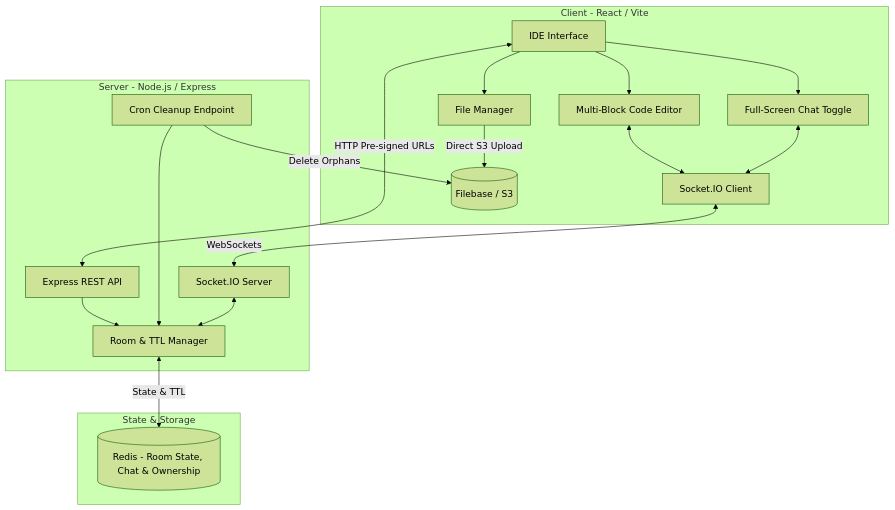
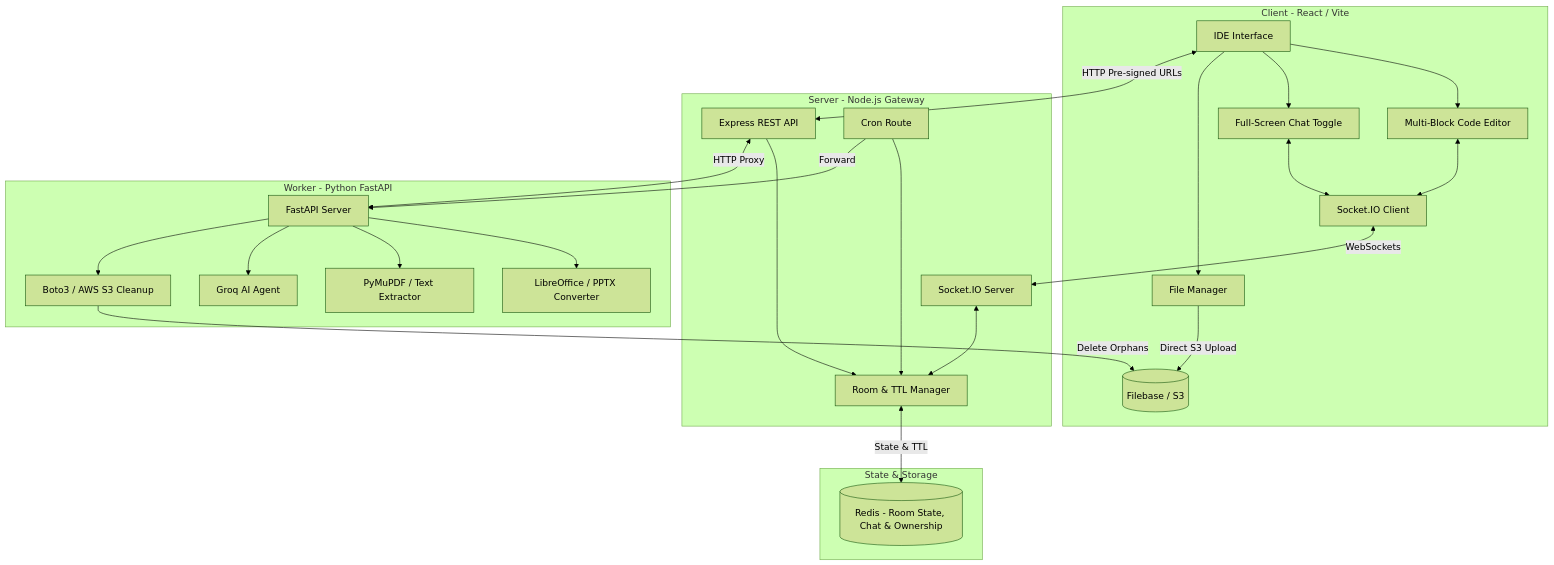
Before and after one commit to Gaurravvvv/CodeShare: the diagram in README.md, drawn with Mermaid (forest theme). The commit also changed other lines of this file and 6 other files, not shown here.

````diff
--- a/README.md
+++ b/README.md
@@ -11,38 +11,53 @@
 ```mermaid
 graph TD
     subgraph Frontend ["Client - React / Vite"]
         UI[IDE Interface]
         Editor[Multi-Block Code Editor]
         Chat[Full-Screen Chat Toggle]
         FileMan[File Manager]
         SocketClient[Socket.IO Client]
         
         UI --> Editor
         UI --> Chat
         UI --> FileMan
         Editor <--> SocketClient
         Chat <--> SocketClient
         FileMan -->|Direct S3 Upload| Storage[(Filebase / S3)]
     end
 
-    subgraph Backend ["Server - Node.js / Express"]
+    subgraph Backend ["Server - Node.js Gateway"]
         API[Express REST API]
-        CronCleanup[Cron Cleanup Endpoint]
+        CronCleanup[Cron Route]
         SocketServer[Socket.IO Server]
         RoomService[Room & TTL Manager]
         
         API --> RoomService
         CronCleanup --> RoomService
         SocketServer <--> RoomService
+    end
+
+    subgraph Microservice ["Worker - Python FastAPI"]
+        FastAPI[FastAPI Server]
+        LibreOffice[LibreOffice / PPTX Converter]
+        PyMuPDF[PyMuPDF / Text Extractor]
+        Groq[Groq AI Agent]
+        Boto3[Boto3 / AWS S3 Cleanup]
+
+        FastAPI --> LibreOffice
+        FastAPI --> PyMuPDF
+        FastAPI --> Groq
+        FastAPI --> Boto3
     end
 
     subgraph Storage_Layer ["State & Storage"]
         Redis[(Redis - Room State, Chat & Ownership)]
         Storage
     end
 
     SocketClient <-->|WebSockets| SocketServer
     UI <-->|HTTP Pre-signed URLs| API
+    API <-->|HTTP Proxy| FastAPI
+    CronCleanup -->|Forward| FastAPI
+    Boto3 -->|Delete Orphans| Storage
     RoomService <-->|State & TTL| Redis
-    CronCleanup -->|Delete Orphans| Storage
 ```
````
